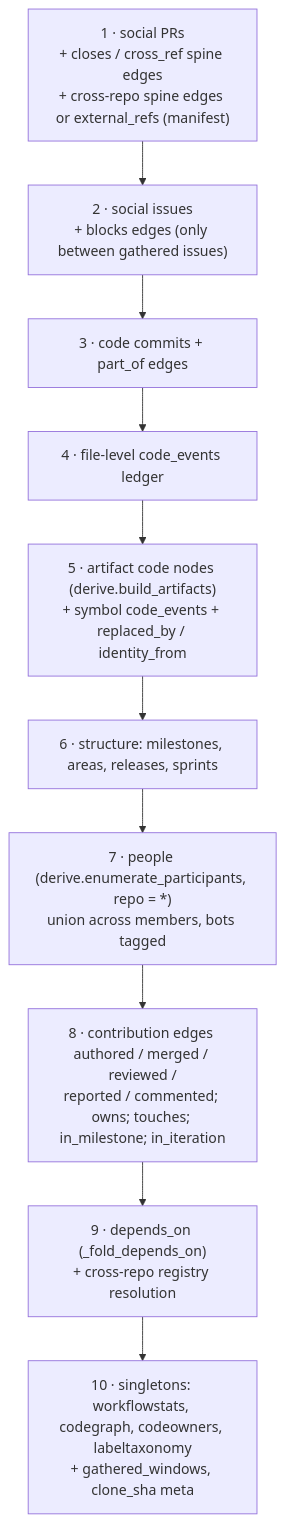
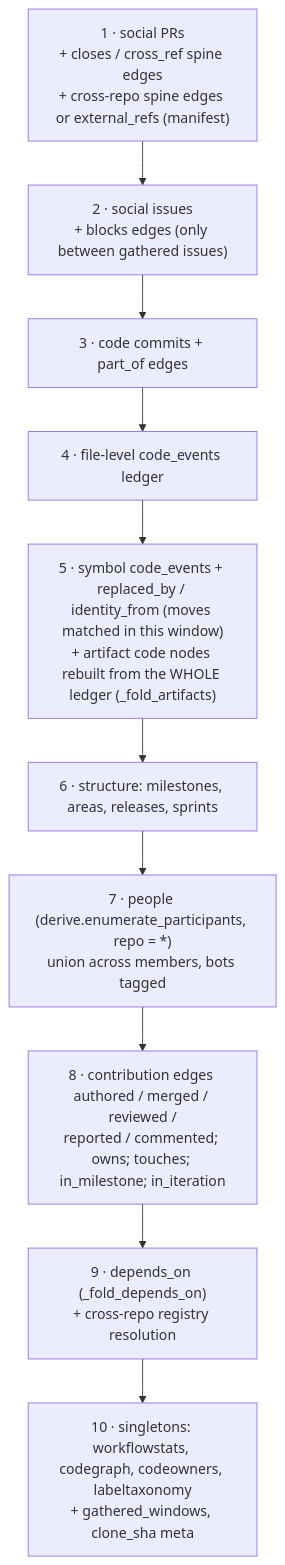
Before and after one commit to DamianFlynn/experiments: the fourth of 11 diagrams in .claude/skills/activity-overview/docs/LLD.md, drawn with Mermaid. The commit also changed other lines of this file and 9 other files, not shown here.

````diff
--- a/.claude/skills/activity-overview/docs/LLD.md
+++ b/.claude/skills/activity-overview/docs/LLD.md
@@ -412,14 +412,14 @@
 ```mermaid
 flowchart TB
   s1["1 · social PRs<br/>+ closes / cross_ref spine edges<br/>+ cross-repo spine edges or external_refs (manifest)"]
   s2["2 · social issues<br/>+ blocks edges (only between gathered issues)"]
   s3["3 · code commits + part_of edges"]
   s4["4 · file-level code_events ledger"]
-  s5["5 · artifact code nodes (derive.build_artifacts)<br/>+ symbol code_events + replaced_by / identity_from"]
+  s5["5 · symbol code_events + replaced_by / identity_from (moves matched in this window)<br/>+ artifact code nodes rebuilt from the WHOLE ledger (_fold_artifacts)"]
   s6["6 · structure: milestones, areas, releases, sprints"]
   s7["7 · people (derive.enumerate_participants, repo = *)<br/>union across members, bots tagged"]
   s8["8 · contribution edges authored / merged / reviewed /<br/>reported / commented; owns; touches; in_milestone; in_iteration"]
   s9["9 · depends_on (_fold_depends_on)<br/>+ cross-repo registry resolution"]
   s10["10 · singletons: workflowstats, codegraph, codeowners, labeltaxonomy<br/>+ gathered_windows, clone_sha meta"]
   s1 --> s2 --> s3 --> s4 --> s5 --> s6 --> s7 --> s8 --> s9 --> s10
 ```
````
